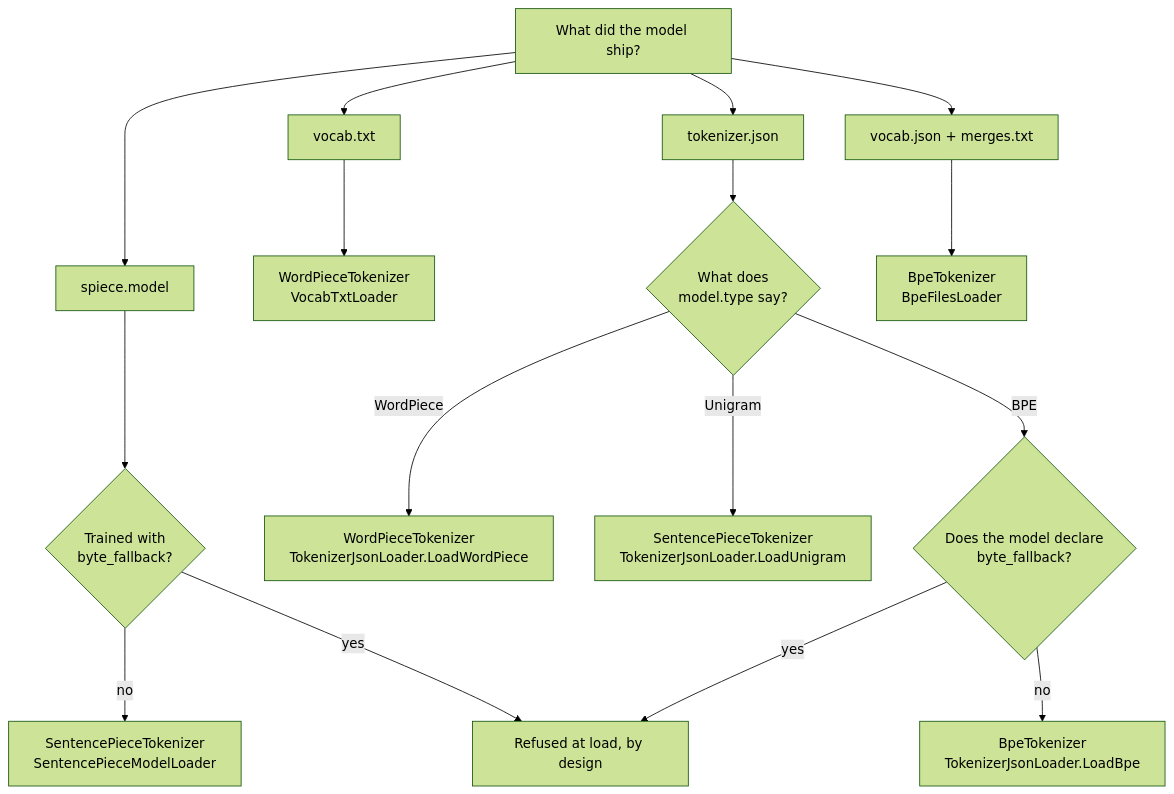
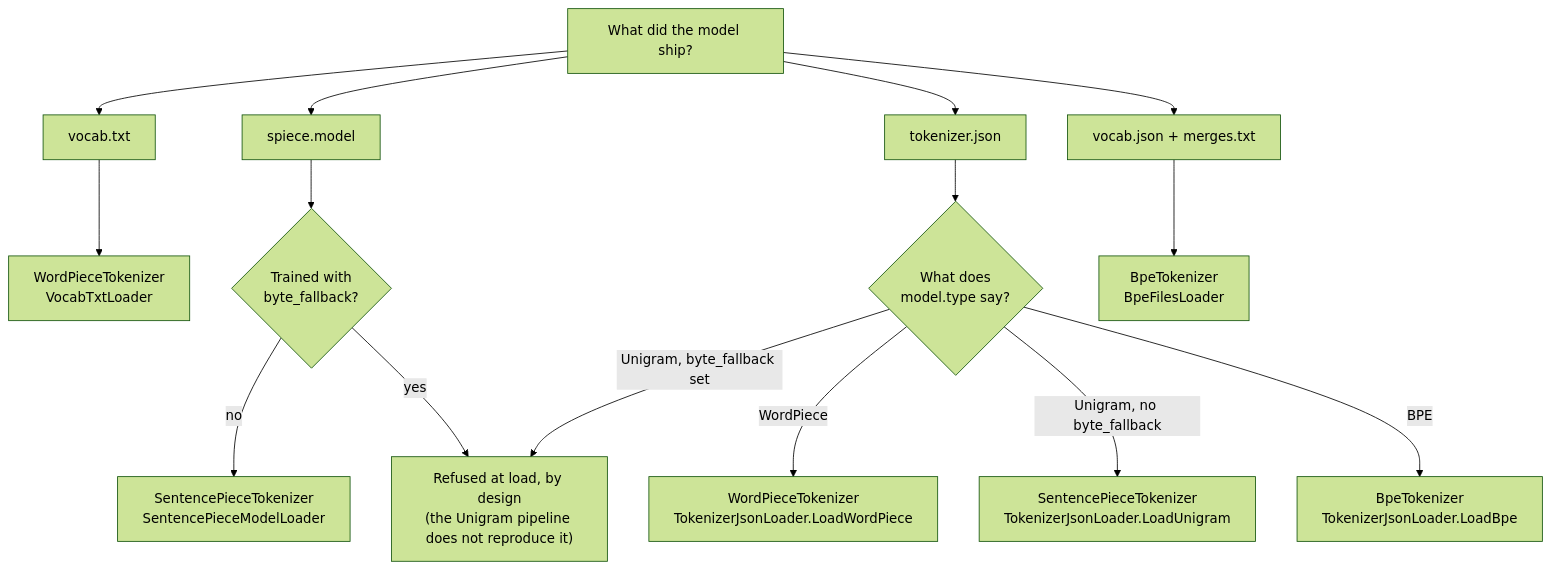
One commit to CyrilB1531/data.net changed the diagram in docs/reference/embeddings/tokenization.md. Above: the diagram before and after it, drawn with Mermaid (forest theme). The commit also changed other lines of this file and 5 other files, not shown here.

````diff
--- a/docs/reference/embeddings/tokenization.md
+++ b/docs/reference/embeddings/tokenization.md
@@ -15,21 +15,20 @@
 ```mermaid
 flowchart TD
     A["What did the model ship?"] --> B["vocab.txt"]
     A --> C["spiece.model"]
     A --> D["tokenizer.json"]
     A --> E["vocab.json + merges.txt"]
 
     B --> W["WordPieceTokenizer<br/>VocabTxtLoader"]
     C --> C1{"Trained with<br/>byte_fallback?"}
     C1 -->|no| S["SentencePieceTokenizer<br/>SentencePieceModelLoader"]
-    C1 -->|yes| X["Refused at load, by design"]
+    C1 -->|yes| X["Refused at load, by design<br/>(the Unigram pipeline does not reproduce it)"]
 
     D --> D1{"What does<br/>model.type say?"}
     D1 -->|WordPiece| W2["WordPieceTokenizer<br/>TokenizerJsonLoader.LoadWordPiece"]
-    D1 -->|Unigram| S2["SentencePieceTokenizer<br/>TokenizerJsonLoader.LoadUnigram"]
-    D1 -->|BPE| D2{"Does the model declare<br/>byte_fallback?"}
-    D2 -->|no| P["BpeTokenizer<br/>TokenizerJsonLoader.LoadBpe"]
-    D2 -->|yes| X
+    D1 -->|Unigram, byte_fallback set| X
+    D1 -->|Unigram, no byte_fallback| S2["SentencePieceTokenizer<br/>TokenizerJsonLoader.LoadUnigram"]
+    D1 -->|BPE| P["BpeTokenizer<br/>TokenizerJsonLoader.LoadBpe"]
 
     E --> P2["BpeTokenizer<br/>BpeFilesLoader"]
 ```
````
